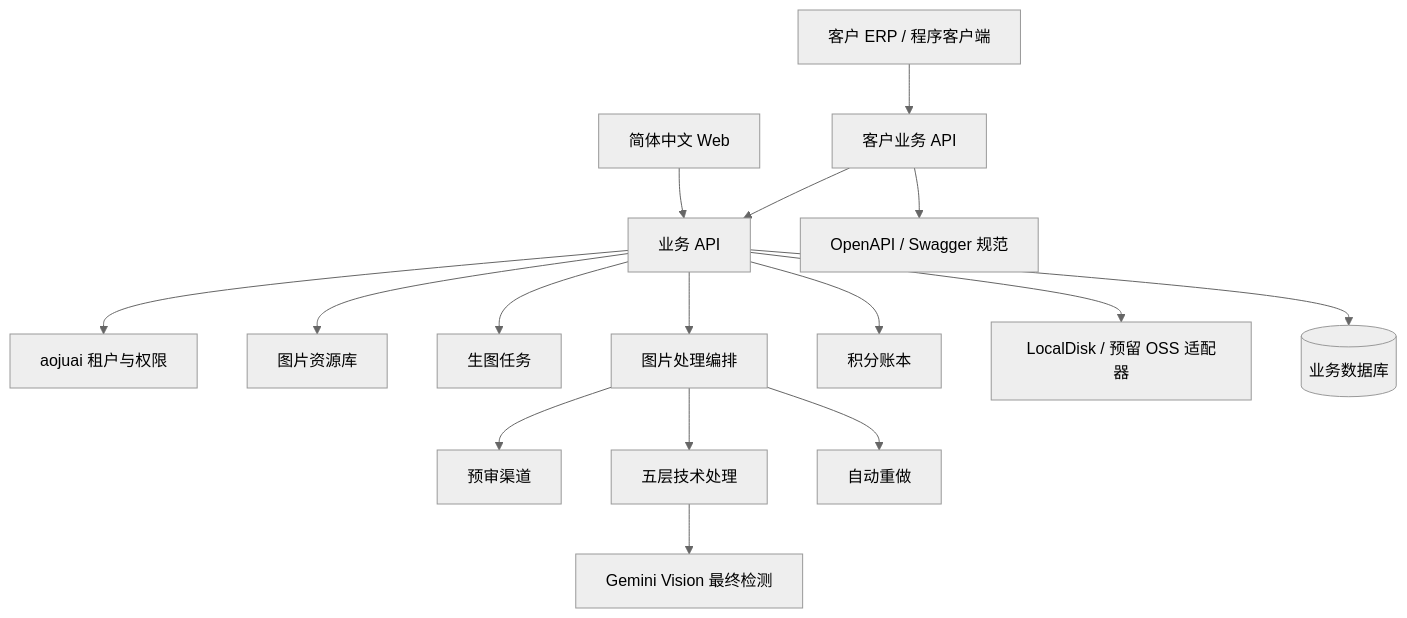
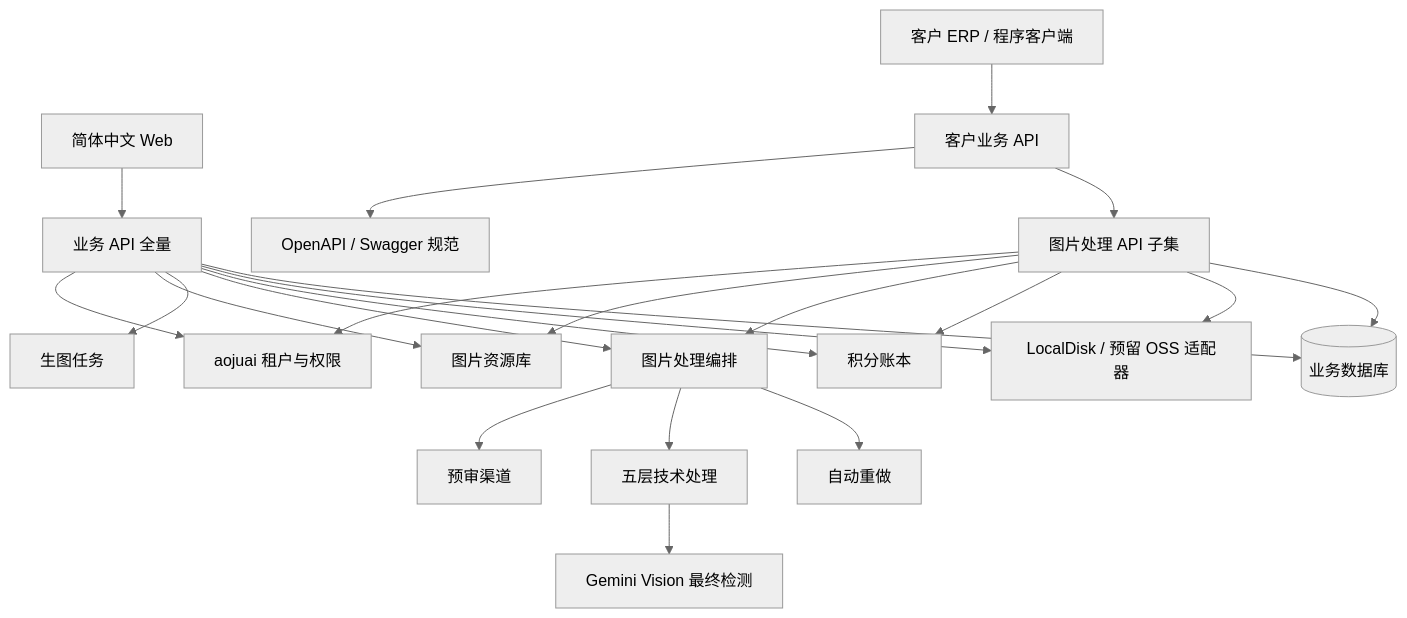
The third of 3 diagrams in docs/蜜獾原图-v2-PRD-v2.0.md (nancywrayg57-jpg/mihuanyuantu-v2), drawn with Mermaid (neutral theme) before and after one commit. The commit also changed other lines of this file and 14 other files, not shown here.

````diff
--- a/docs/蜜獾原图-v2-PRD-v2.0.md
+++ b/docs/蜜獾原图-v2-PRD-v2.0.md
@@ -622,18 +623,24 @@
 ```mermaid
 flowchart TB
-  UI[简体中文 Web] --> API[业务 API]
+  UI[简体中文 Web] --> API[业务 API 全量]
   ERP[客户 ERP / 程序客户端] --> CAP[客户业务 API]
   CAP --> SWAG[OpenAPI / Swagger 规范]
-  CAP --> API
+  CAP --> PROCAPI[图片处理 API 子集]
   API --> TENANT[aojuai 租户与权限]
   API --> RES[图片资源库]
   API --> GEN[生图任务]
   API --> PROC[图片处理编排]
+  PROCAPI --> TENANT
+  PROCAPI --> RES
+  PROCAPI --> PROC
+  PROCAPI --> LEDGER[积分账本]
   PROC --> PRE[预审渠道]
   PROC --> PIPE[五层技术处理]
   PIPE --> VERIFY[Gemini Vision 最终检测]
   PROC --> AR[自动重做]
-  API --> LEDGER[积分账本]
+  API --> LEDGER
   API --> STORE[LocalDisk / 预留 OSS 适配器]
   API --> DB[(业务数据库)]
+  PROCAPI --> STORE
+  PROCAPI --> DB
 ```
````
